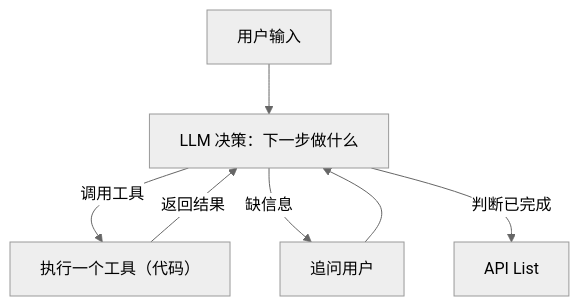
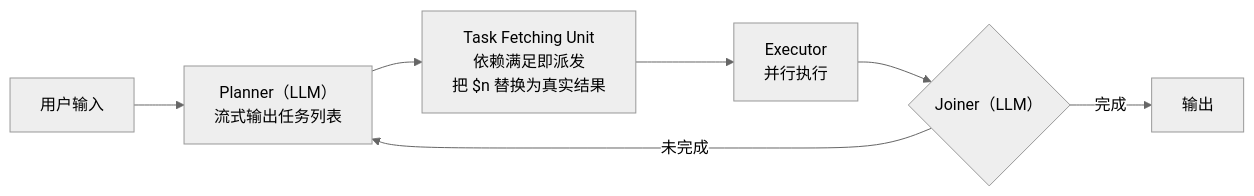
Before and after one commit to tobestrongest/HelloWorld: the third of 7 diagrams in docs/nl-to-executable-task.md, drawn with Mermaid (neutral theme). The commit also changed other lines of this file, not shown here.

Commit message:
Condense doc into objective survey of open-source NL-to-task approaches

````diff
--- a/docs/nl-to-executable-task.md
+++ b/docs/nl-to-executable-task.md
@@ -262,9 +96,9 @@
 ```mermaid
-flowchart TD
-    U["用户输入"] --> D["LLM 决策：下一步做什么"]
-    D -- 调用工具 --> T["执行一个工具（代码）"]
-    T -- 返回结果 --> D
-    D -- 缺信息 --> Q["追问用户"]
-    Q --> D
-    D -- 判断已完成 --> OUT["API List"]
+flowchart LR
+    U["用户输入"] --> P["Planner（LLM）<br/>流式输出任务列表"]
+    P --> T["Task Fetching Unit<br/>依赖满足即派发<br/>把 $n 替换为真实结果"]
+    T --> E["Executor<br/>并行执行"]
+    E --> J{"Joiner（LLM）"}
+    J -- "未完成" --> P
+    J -- "完成" --> OUT["输出"]
 ```
````
